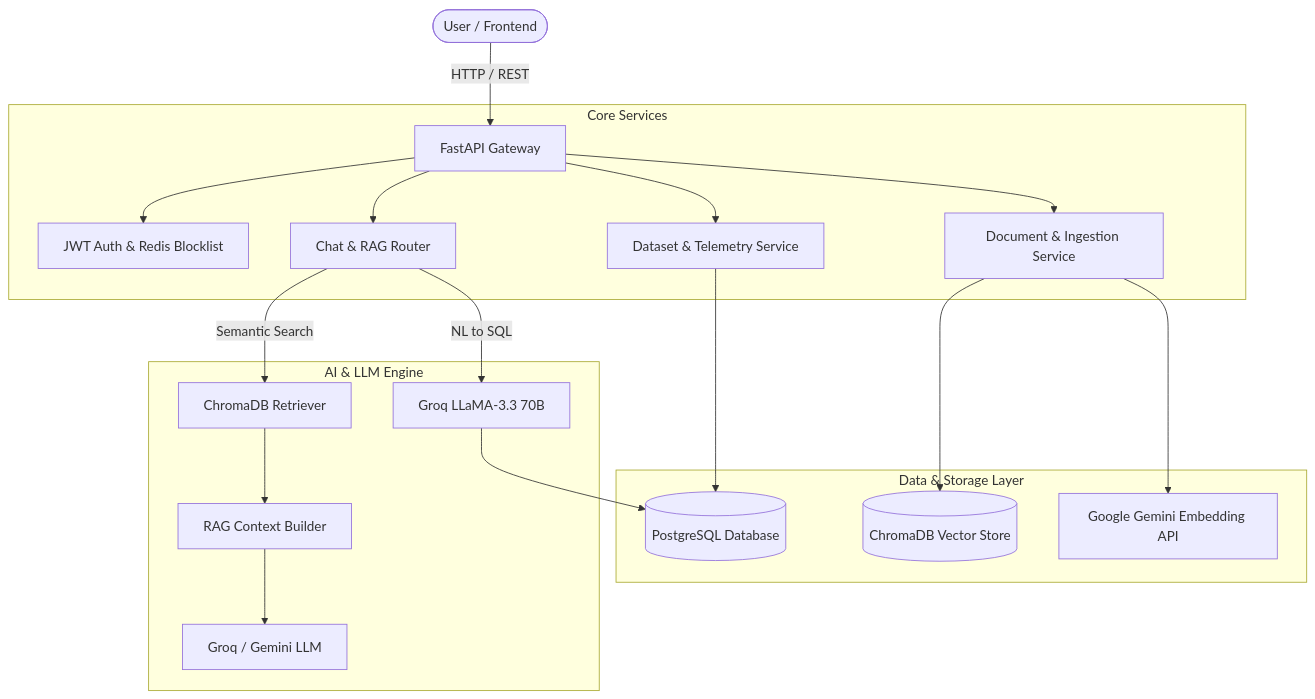
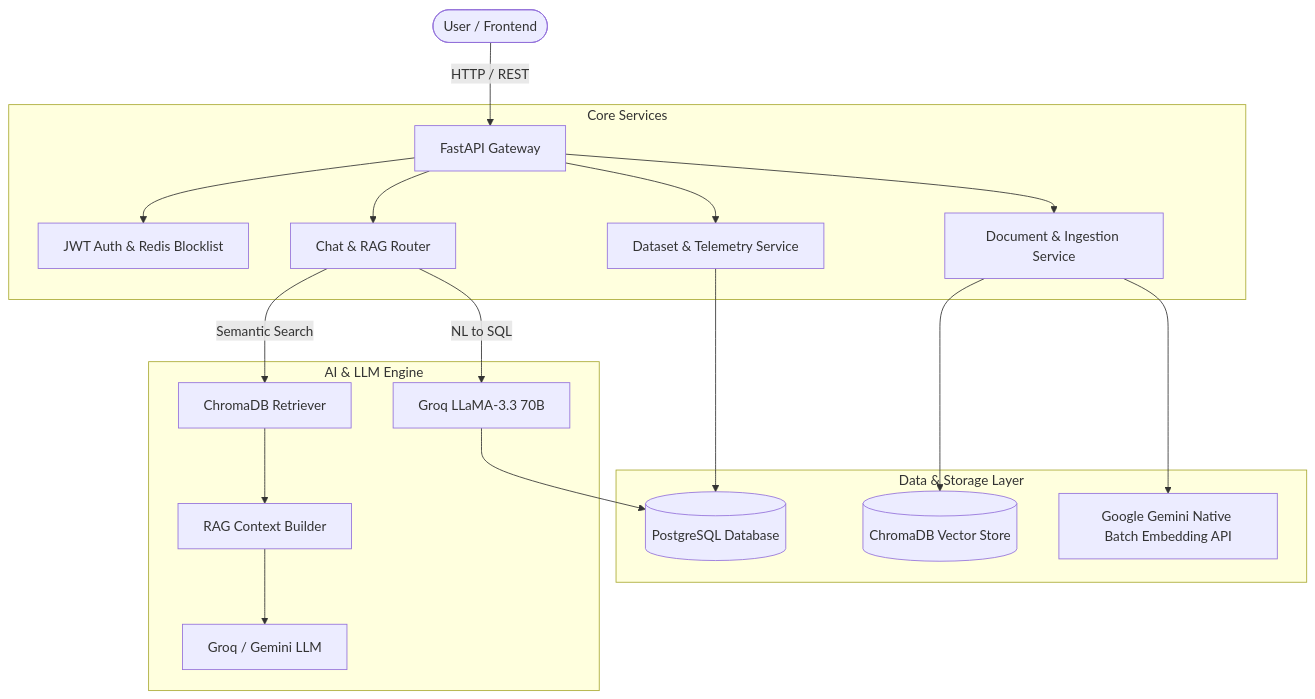
Before and after one commit to ankit-gadhwal/complete_chemical_plant_analytics_project: the diagram in README.md, drawn with Mermaid. The commit also changed other lines of this file and 6 other files, not shown here.

````diff
--- a/README.md
+++ b/README.md
@@ -45,25 +46,25 @@
 ```mermaid
 graph TD
     User([User / Frontend]) -->|HTTP / REST| API[FastAPI Gateway]
     
     subgraph Core Services
         API --> Auth[JWT Auth & Redis Blocklist]
         API --> DatasetSvc[Dataset & Telemetry Service]
         API --> DocSvc[Document & Ingestion Service]
         API --> ChatSvc[Chat & RAG Router]
     end
 
     subgraph Data & Storage Layer
         DatasetSvc --> DB[(PostgreSQL Database)]
         DocSvc --> VectorDB[(ChromaDB Vector Store)]
-        DocSvc --> CloudEmbed[Google Gemini Embedding API]
+        DocSvc --> CloudEmbed[Google Gemini Native Batch Embedding API]
     end
 
     subgraph AI & LLM Engine
         ChatSvc -->|NL to SQL| SQLAgent[Groq LLaMA-3.3 70B]
         SQLAgent --> DB
         ChatSvc -->|Semantic Search| Retriever[ChromaDB Retriever]
         Retriever --> RAGPrompt[RAG Context Builder]
         RAGPrompt --> LLM[Groq / Gemini LLM]
     end
 ```
````
